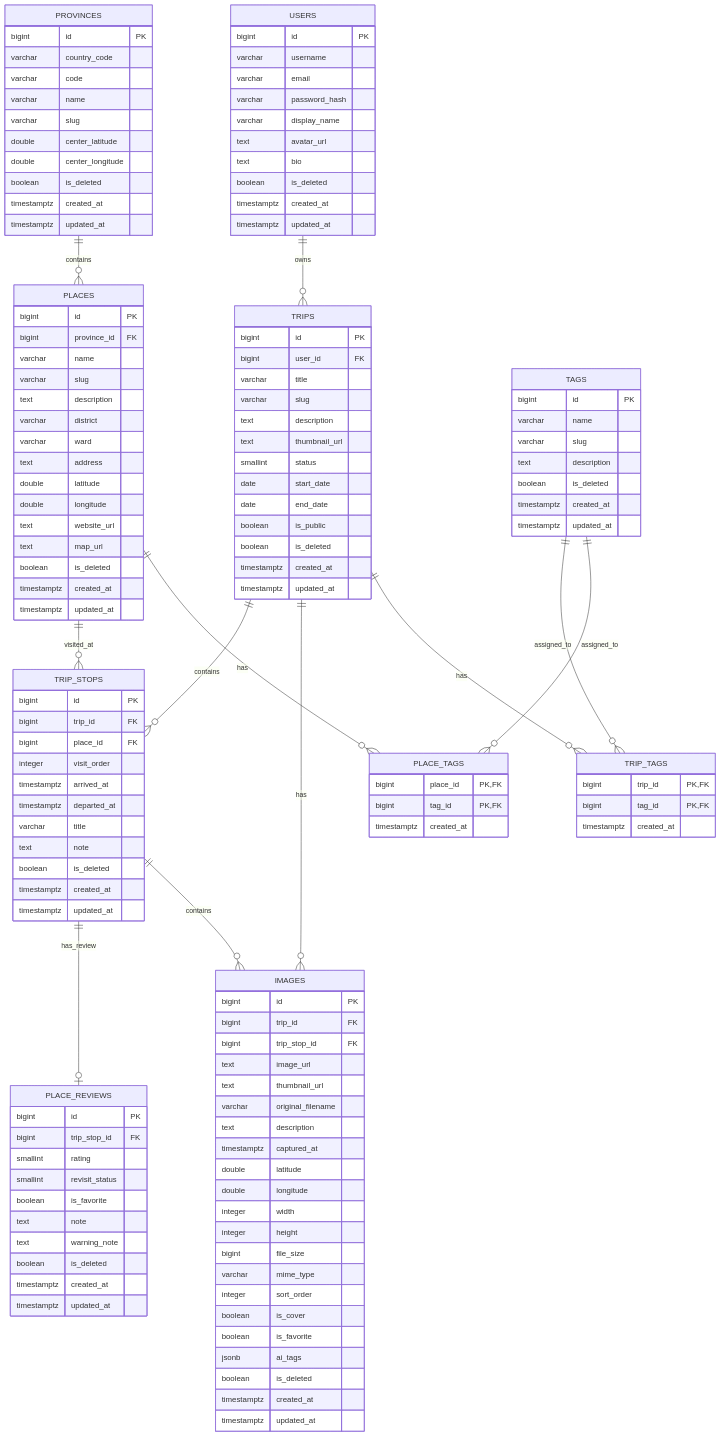
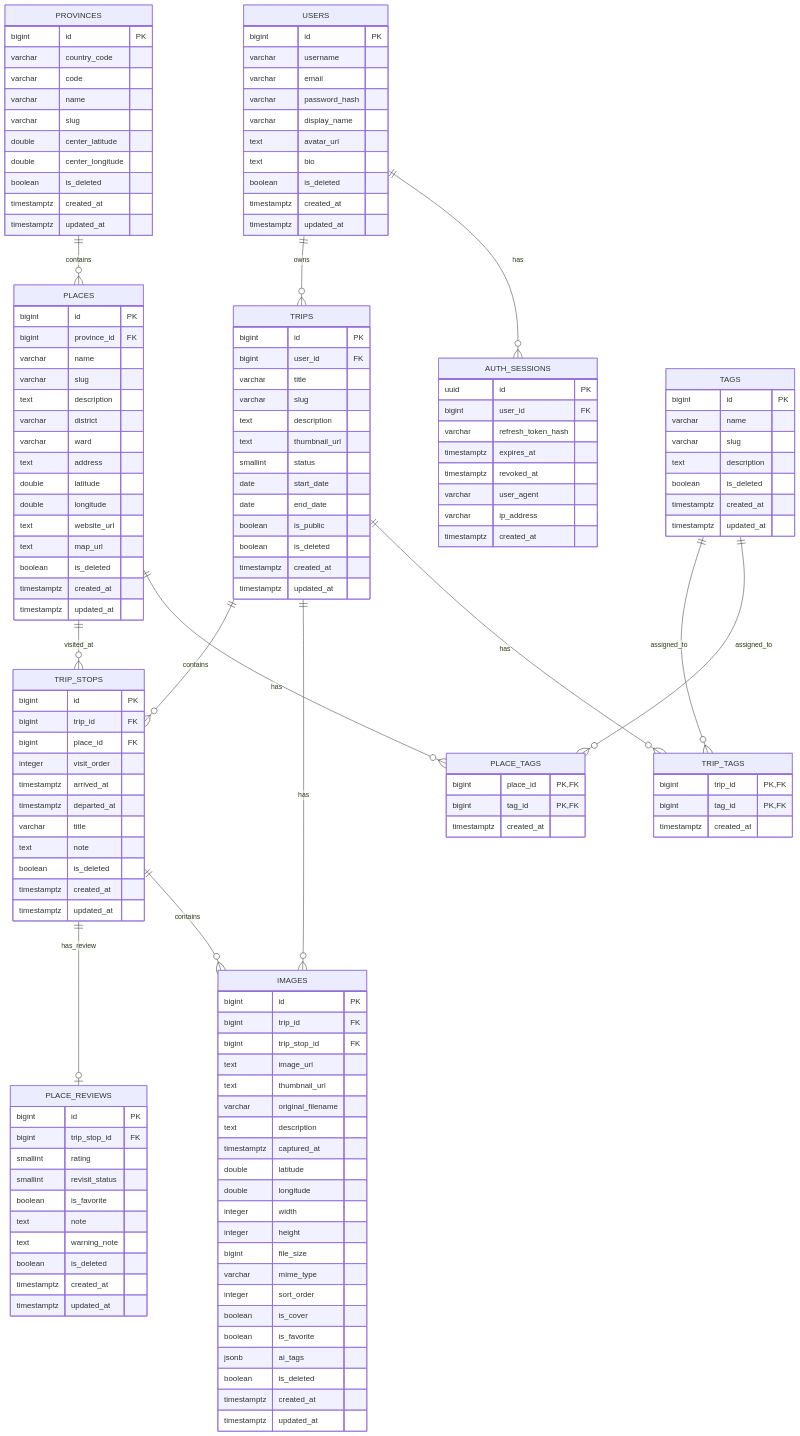
Before and after one commit to Harold-Luong/nomad-diary: the diagram in database/nomad-diary-er.mmd, drawn with Mermaid. The commit also changed 4 other files, not shown here.

Commit message:
Add table auth_sessions

```diff
--- a/database/nomad-diary-er.mmd
+++ b/database/nomad-diary-er.mmd
@@ -1,152 +1,164 @@
 
 erDiagram
     USERS ||--o{ TRIPS : owns
+    USERS ||--o{ AUTH_SESSIONS : has
 
     PROVINCES ||--o{ PLACES : contains
 
     TRIPS ||--o{ TRIP_STOPS : contains
     PLACES ||--o{ TRIP_STOPS : visited_at
 
     TRIP_STOPS ||--o| PLACE_REVIEWS : has_review
 
     TRIPS ||--o{ IMAGES : has
     TRIP_STOPS ||--o{ IMAGES : contains
 
     TRIPS ||--o{ TRIP_TAGS : has
     TAGS ||--o{ TRIP_TAGS : assigned_to
 
     PLACES ||--o{ PLACE_TAGS : has
     TAGS ||--o{ PLACE_TAGS : assigned_to
 
     USERS {
         bigint id PK
         varchar username
         varchar email
         varchar password_hash
         varchar display_name
         text avatar_url
         text bio
         boolean is_deleted
         timestamptz created_at
         timestamptz updated_at
+    }
+
+    AUTH_SESSIONS {
+        uuid id PK
+        bigint user_id FK
+        varchar refresh_token_hash
+        timestamptz expires_at
+        timestamptz revoked_at
+        varchar user_agent
+        varchar ip_address
+        timestamptz created_at
     }
 
     PROVINCES {
         bigint id PK
         varchar country_code
         varchar code
         varchar name
         varchar slug
         double center_latitude
         double center_longitude
         boolean is_deleted
         timestamptz created_at
         timestamptz updated_at
     }
 
     PLACES {
         bigint id PK
         bigint province_id FK
         varchar name
         varchar slug
         text description
         varchar district
         varchar ward
         text address
         double latitude
         double longitude
         text website_url
         text map_url
         boolean is_deleted
         timestamptz created_at
         timestamptz updated_at
     }
 
     TRIPS {
         bigint id PK
         bigint user_id FK
         varchar title
         varchar slug
         text description
         text thumbnail_url
         smallint status
         date start_date
         date end_date
         boolean is_public
         boolean is_deleted
         timestamptz created_at
         timestamptz updated_at
     }
 
     TRIP_STOPS {
         bigint id PK
         bigint trip_id FK
         bigint place_id FK
         integer visit_order
         timestamptz arrived_at
         timestamptz departed_at
         varchar title
         text note
         boolean is_deleted
         timestamptz created_at
         timestamptz updated_at
     }
 
     PLACE_REVIEWS {
         bigint id PK
         bigint trip_stop_id FK
         smallint rating
         smallint revisit_status
         boolean is_favorite
         text note
         text warning_note
         boolean is_deleted
         timestamptz created_at
         timestamptz updated_at
     }
 
     IMAGES {
         bigint id PK
         bigint trip_id FK
         bigint trip_stop_id FK
         text image_url
         text thumbnail_url
         varchar original_filename
         text description
         timestamptz captured_at
         double latitude
         double longitude
         integer width
         integer height
         bigint file_size
         varchar mime_type
         integer sort_order
         boolean is_cover
         boolean is_favorite
         jsonb ai_tags
         boolean is_deleted
         timestamptz created_at
         timestamptz updated_at
     }
 
     TAGS {
         bigint id PK
         varchar name
         varchar slug
         text description
         boolean is_deleted
         timestamptz created_at
         timestamptz updated_at
     }
 
     TRIP_TAGS {
         bigint trip_id PK, FK
         bigint tag_id PK, FK
         timestamptz created_at
     }
 
     PLACE_TAGS {
         bigint place_id PK, FK
         bigint tag_id PK, FK
         timestamptz created_at
     }
```
